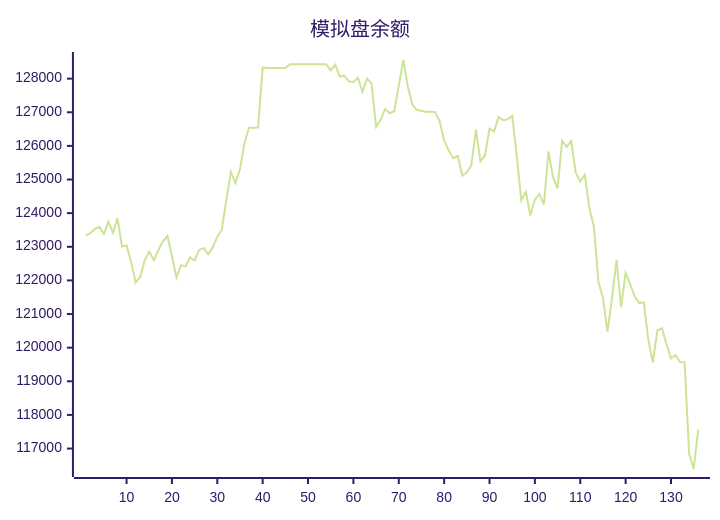
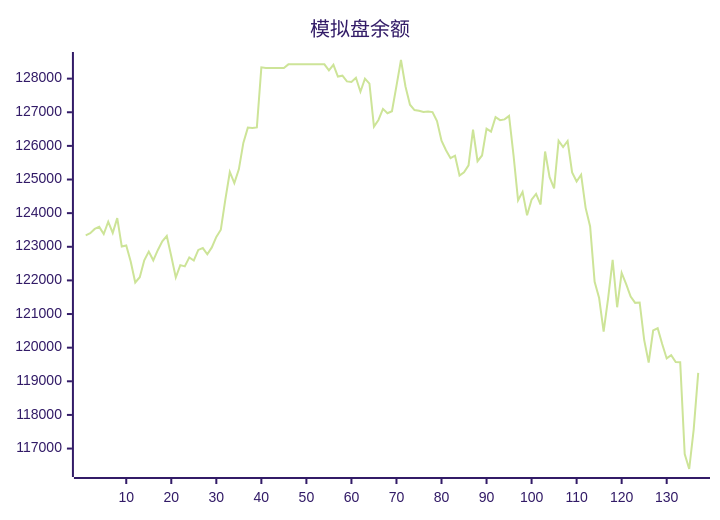
The diagram in README.md (aahl/ai-trading), drawn with Mermaid (forest theme) before and after one commit. The commit also changed other lines of this file and 1 other file, not shown here.

````diff
--- a/README.md
+++ b/README.md
@@ -5,5 +5,5 @@
 ```mermaid
 xychart
     title "模拟盘余额"
-    line [123338,123402,123530,123592,123378,123745,123413,123853,123009,123040,122557,121938,122095,122599,122856,122597,122898,123160,123319,122719,122087,122454,122416,122685,122592,122907,122961,122776,122981,123295,123507,124403,125224,124894,125303,126088,126544,126534,126549,128335,128318,128318,128318,128318,128318,128424,128424,128424,128424,128424,128424,128424,128424,128424,128247,128412,128062,128087,127917,127901,128026,127611,128000,127850,126572,126770,127100,126971,127029,127783,128554,127765,127224,127064,127044,127009,127025,127004,126738,126152,125871,125635,125707,125117,125217,125420,126480,125545,125715,126511,126424,126856,126764,126788,126890,125710,124381,124632,123936,124402,124574,124256,125833,125070,124739,126154,125966,126145,125213,124943,125143,124157,123604,121959,121476,120476,121470,122610,121201,122221,121889,121522,121332,121344,120232,119559,120513,120577,120108,119680,119777,119572,119568,116839,116392,117573]
+    line [123338,123402,123530,123592,123378,123745,123413,123853,123009,123040,122557,121938,122095,122599,122856,122597,122898,123160,123319,122719,122087,122454,122416,122685,122592,122907,122961,122776,122981,123295,123507,124403,125224,124894,125303,126088,126544,126534,126549,128335,128318,128318,128318,128318,128318,128424,128424,128424,128424,128424,128424,128424,128424,128424,128247,128412,128062,128087,127917,127901,128026,127611,128000,127850,126572,126770,127100,126971,127029,127783,128554,127765,127224,127064,127044,127009,127025,127004,126738,126152,125871,125635,125707,125117,125217,125420,126480,125545,125715,126511,126424,126856,126764,126788,126890,125710,124381,124632,123936,124402,124574,124256,125833,125070,124739,126154,125966,126145,125213,124943,125143,124157,123604,121959,121476,120476,121470,122610,121201,122221,121889,121522,121332,121344,120232,119559,120513,120577,120108,119680,119777,119572,119568,116839,116392,117573,119250]
 ```
````
